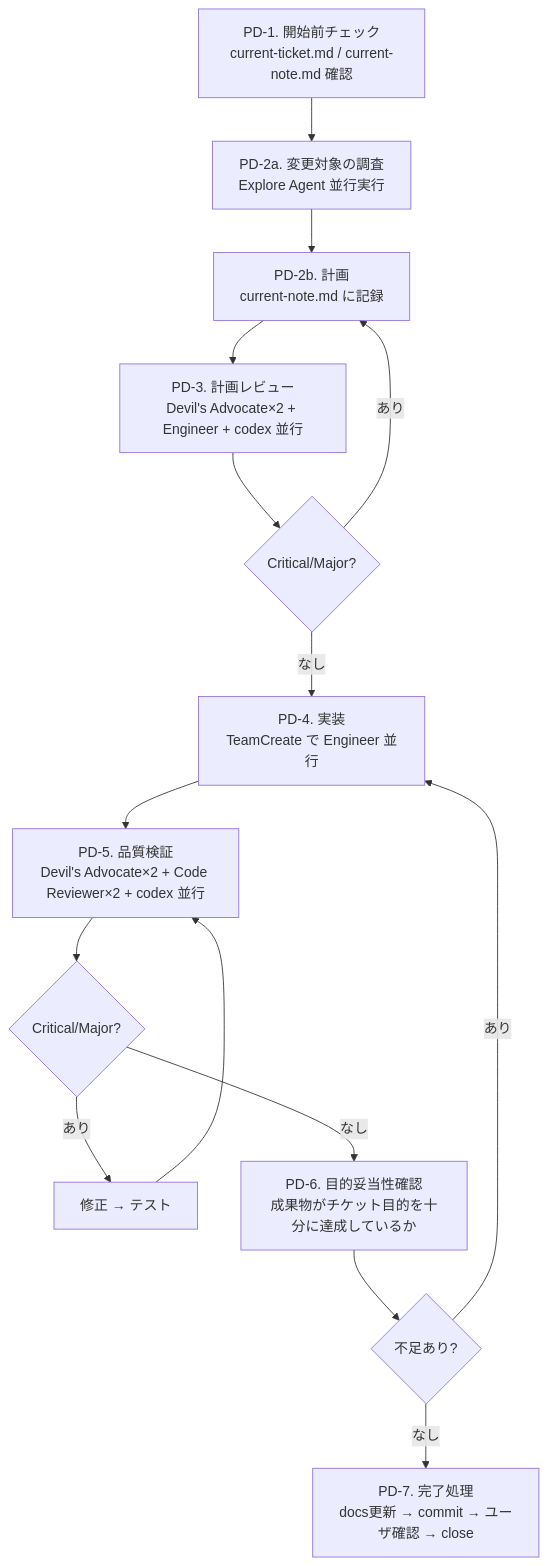
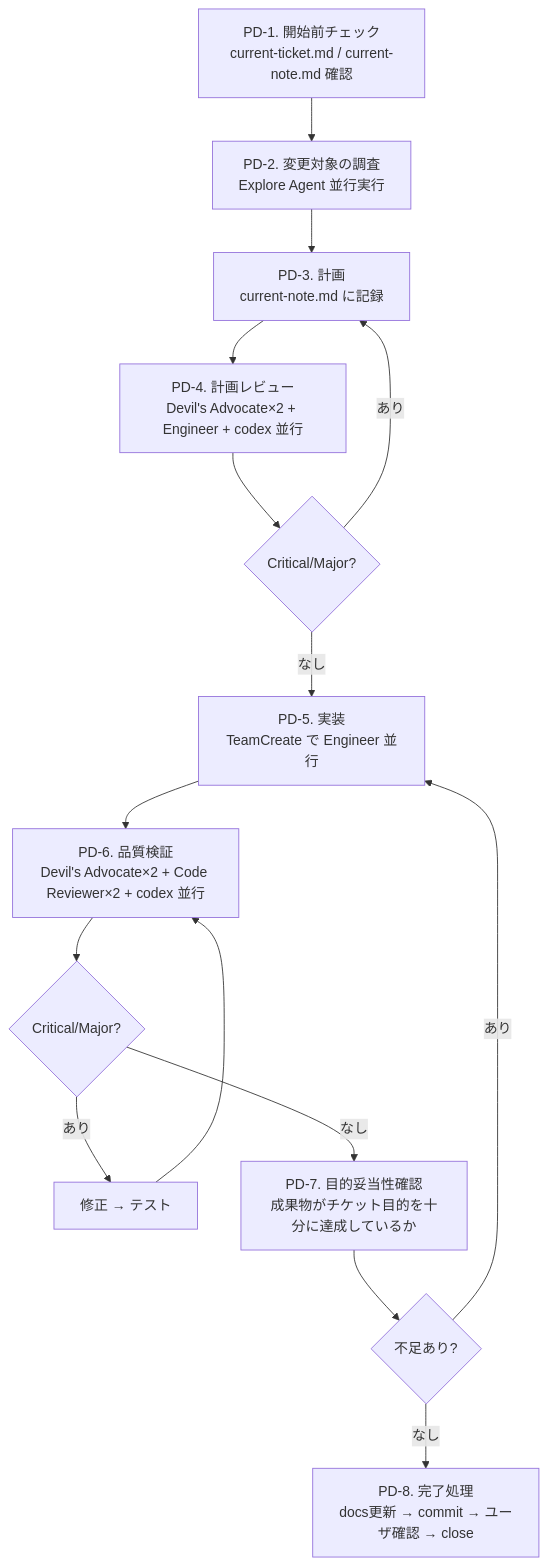
One commit to masuidrive/pdh changed the second of 3 diagrams in skills/pdh-dev/SKILL.md. Above: the diagram before and after it, drawn with Mermaid. The commit also changed other lines of this file and 4 other files, not shown here.

````diff
--- a/skills/pdh-dev/SKILL.md
+++ b/skills/pdh-dev/SKILL.md
@@ -50,17 +50,17 @@
 ```mermaid
 flowchart TD
-    PD1["PD-1. 開始前チェック<br/>current-ticket.md / current-note.md 確認"] --> PD2a
-    PD2a["PD-2a. 変更対象の調査<br/>Explore Agent 並行実行"] --> PD2b
-    PD2b["PD-2b. 計画<br/>current-note.md に記録"] --> PD3
-    PD3["PD-3. 計画レビュー<br/>Devil's Advocate×2 + Engineer + codex 並行"] --> PD3q{"Critical/Major?"}
-    PD3q -- "あり" --> PD2b
-    PD3q -- "なし" --> PD4
-    PD4["PD-4. 実装<br/>TeamCreate で Engineer 並行"] --> PD5
-    PD5["PD-5. 品質検証<br/>Devil's Advocate×2 + Code Reviewer×2 + codex 並行"] --> PD5q{"Critical/Major?"}
-    PD5q -- "あり" --> PD5fix["修正 → テスト"] --> PD5
-    PD5q -- "なし" --> PD6
-    PD6["PD-6. 目的妥当性確認<br/>成果物がチケット目的を十分に達成しているか"] --> PD6q{"不足あり?"}
-    PD6q -- "あり" --> PD4
+    PD1["PD-1. 開始前チェック<br/>current-ticket.md / current-note.md 確認"] --> PD2
+    PD2["PD-2. 変更対象の調査<br/>Explore Agent 並行実行"] --> PD3
+    PD3["PD-3. 計画<br/>current-note.md に記録"] --> PD4
+    PD4["PD-4. 計画レビュー<br/>Devil's Advocate×2 + Engineer + codex 並行"] --> PD4q{"Critical/Major?"}
+    PD4q -- "あり" --> PD3
+    PD4q -- "なし" --> PD5
+    PD5["PD-5. 実装<br/>TeamCreate で Engineer 並行"] --> PD6
+    PD6["PD-6. 品質検証<br/>Devil's Advocate×2 + Code Reviewer×2 + codex 並行"] --> PD6q{"Critical/Major?"}
+    PD6q -- "あり" --> PD6fix["修正 → テスト"] --> PD6
     PD6q -- "なし" --> PD7
-    PD7["PD-7. 完了処理<br/>docs更新 → commit → ユーザ確認 → close"]
+    PD7["PD-7. 目的妥当性確認<br/>成果物がチケット目的を十分に達成しているか"] --> PD7q{"不足あり?"}
+    PD7q -- "あり" --> PD5
+    PD7q -- "なし" --> PD8
+    PD8["PD-8. 完了処理<br/>docs更新 → commit → ユーザ確認 → close"]
 ```
````
